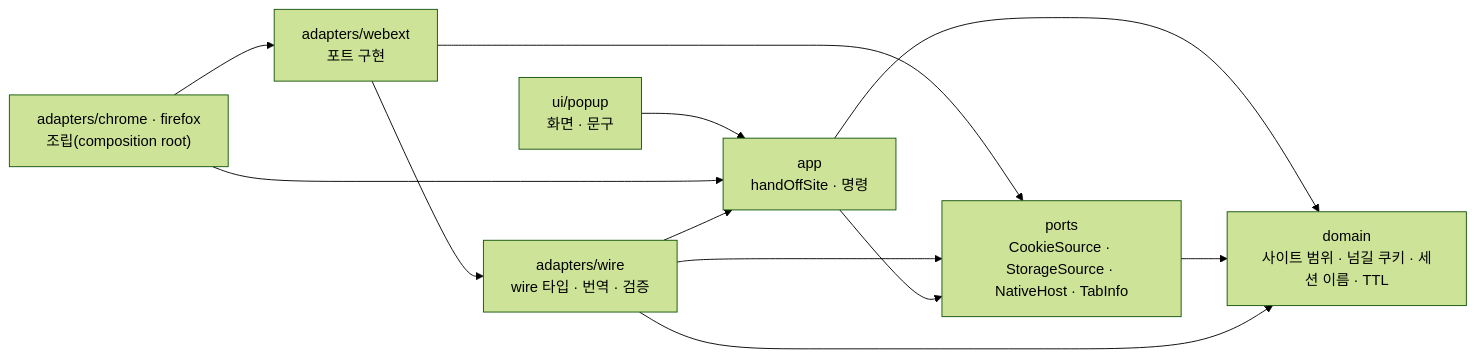
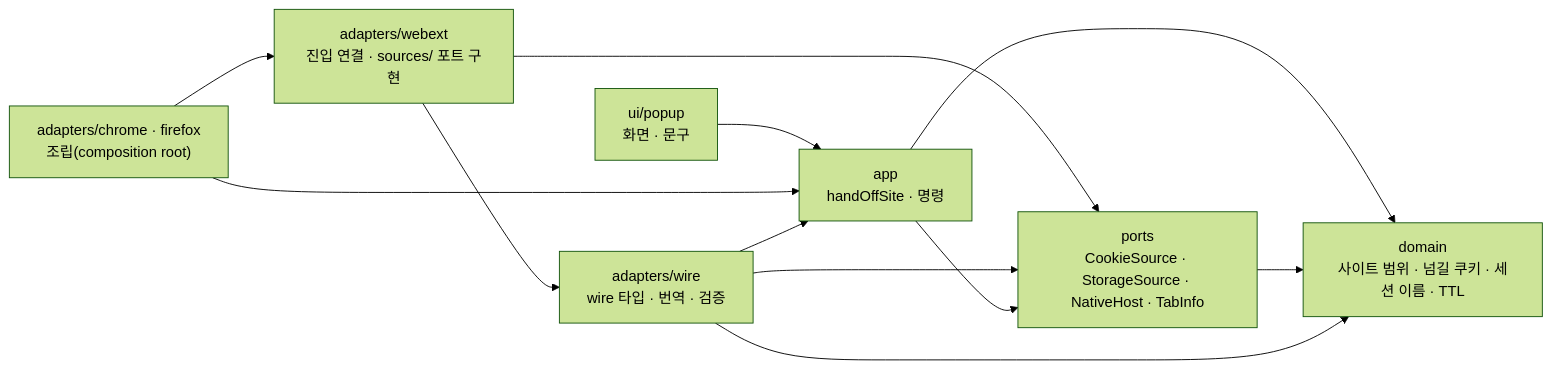
One commit to LeeSwallow/KeyHarbor changed the second of 2 diagrams in integrations/browser-extension/README.md. Above: the diagram before and after it, drawn with Mermaid (forest theme). The commit also changed other lines of this file and 29 other files, not shown here.

````diff
--- a/integrations/browser-extension/README.md
+++ b/integrations/browser-extension/README.md
@@ -27,14 +27,14 @@
 ```mermaid
 flowchart LR
   UI["ui/popup<br/>화면 · 문구"] --> APP
-  AD["adapters/chrome · firefox<br/>조립(composition root)"] --> WX["adapters/webext<br/>포트 구현"]
+  AD["adapters/chrome · firefox<br/>조립(composition root)"] --> WX["adapters/webext<br/>진입 연결 · sources/ 포트 구현"]
   AD --> APP["app<br/>handOffSite · 명령"]
   WX --> WIRE["adapters/wire<br/>wire 타입 · 번역 · 검증"]
   WX --> PORTS["ports<br/>CookieSource · StorageSource · NativeHost · TabInfo"]
   WIRE --> APP
   WIRE --> PORTS
   APP --> PORTS
   APP --> DOM["domain<br/>사이트 범위 · 넘길 쿠키 · 세션 이름 · TTL"]
   PORTS --> DOM
   WIRE --> DOM
 ```
````
